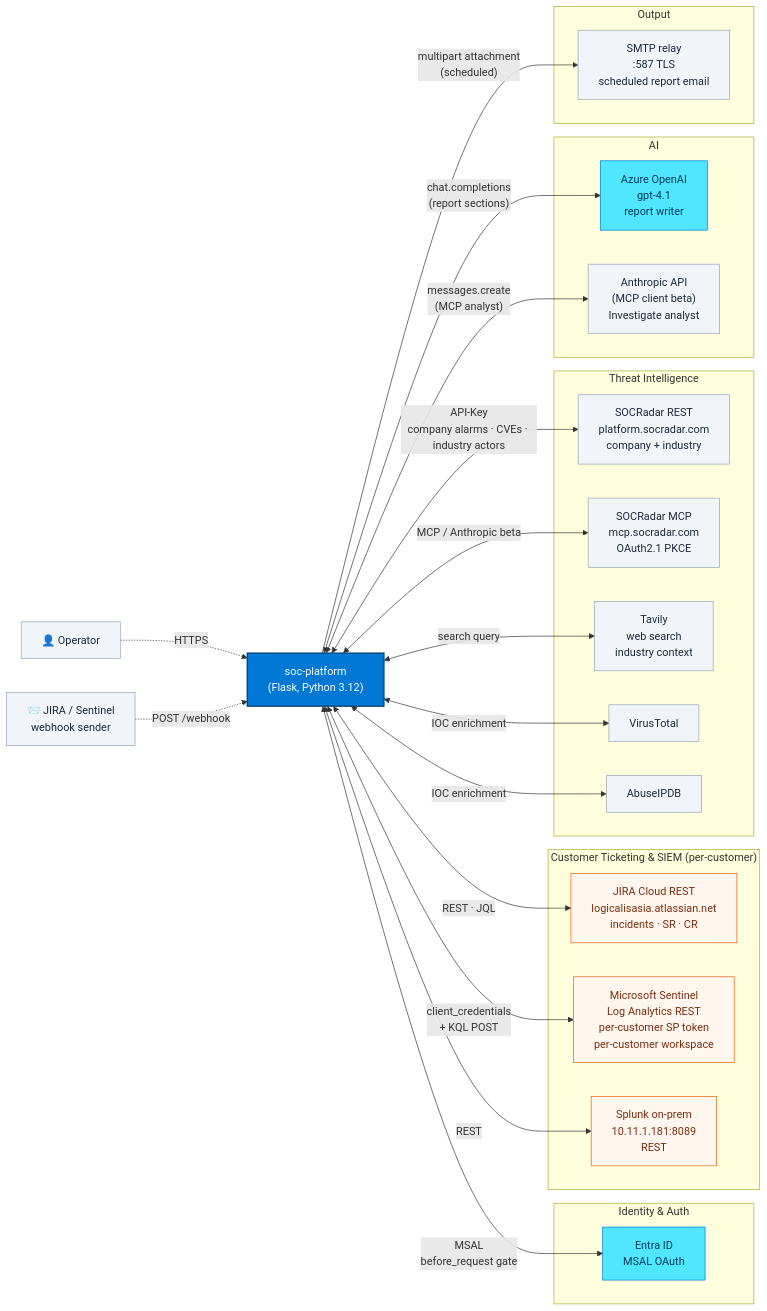
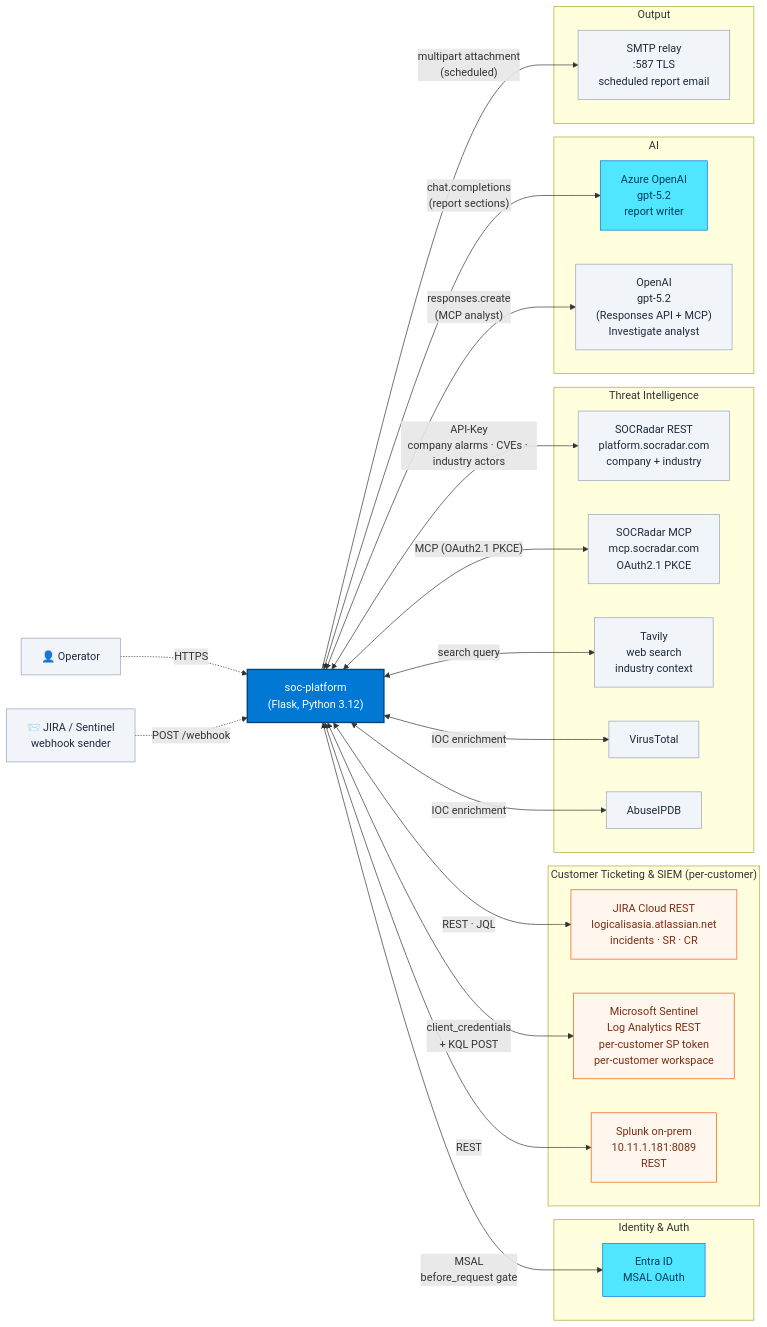
One commit to eugenechia/soc-platform changed the third of 4 diagrams in docs/architecture/ARCHITECTURE.md. Above: the diagram before and after it, drawn with Mermaid. The commit also changed other lines of this file and 7 other files, not shown here.

````diff
--- a/docs/architecture/ARCHITECTURE.md
+++ b/docs/architecture/ARCHITECTURE.md
@@ -143,59 +143,59 @@
 ```mermaid
 flowchart LR
     classDef appNode fill:#0078D4,color:#fff,stroke:#004578,stroke-width:2px
     classDef azNode  fill:#50E6FF,color:#003a5c,stroke:#0078D4,stroke-width:1px
     classDef extNode fill:#F1F5F9,color:#1E293B,stroke:#94A3B8,stroke-width:1px
     classDef custNode fill:#FFF7ED,color:#7C2D12,stroke:#EA580C,stroke-width:1px
 
     OP["👤 Operator"]:::extNode
     JIRAWH["📨 JIRA / Sentinel<br/>webhook sender"]:::extNode
 
     APP["soc-platform<br/>(Flask, Python 3.12)"]:::appNode
 
     OP -.HTTPS.-> APP
     JIRAWH -.->|"POST /webhook"| APP
 
     subgraph IDENTITY ["Identity & Auth"]
         ENTRA["Entra ID<br/>MSAL OAuth"]:::azNode
     end
 
     subgraph TICKETS ["Customer Ticketing & SIEM (per-customer)"]
         JIRA["JIRA Cloud REST<br/>logicalisasia.atlassian.net<br/>incidents · SR · CR"]:::custNode
         SENT["Microsoft Sentinel<br/>Log Analytics REST<br/>per-customer SP token<br/>per-customer workspace"]:::custNode
         SPLK["Splunk on-prem<br/>10.11.1.181:8089<br/>REST"]:::custNode
     end
 
     subgraph THREATINT ["Threat Intelligence"]
         SOCRR["SOCRadar REST<br/>platform.socradar.com<br/>company + industry"]:::extNode
         SOCRM["SOCRadar MCP<br/>mcp.socradar.com<br/>OAuth2.1 PKCE"]:::extNode
         TAVILY["Tavily<br/>web search<br/>industry context"]:::extNode
         VT["VirusTotal"]:::extNode
         ABUSE["AbuseIPDB"]:::extNode
     end
 
     subgraph LLM ["AI"]
-        AOAI["Azure OpenAI<br/>gpt-4.1<br/>report writer"]:::azNode
-        ANTH["Anthropic API<br/>(MCP client beta)<br/>Investigate analyst"]:::extNode
+        AOAI["Azure OpenAI<br/>gpt-5.2<br/>report writer"]:::azNode
+        OAI["OpenAI<br/>gpt-5.2<br/>(Responses API + MCP)<br/>Investigate analyst"]:::extNode
     end
 
     subgraph DELIVERY ["Output"]
         SMTP["SMTP relay<br/>:587 TLS<br/>scheduled report email"]:::extNode
     end
 
     APP <-->|"MSAL<br/>before_request gate"| ENTRA
 
     APP <-->|"REST · JQL"| JIRA
     APP <-->|"client_credentials<br/>+ KQL POST"| SENT
     APP <-->|"REST"| SPLK
 
     APP <-->|"API-Key<br/>company alarms · CVEs · industry actors"| SOCRR
-    APP <-->|"MCP / Anthropic beta"| SOCRM
+    APP <-->|"MCP (OAuth2.1 PKCE)"| SOCRM
     APP <-->|"search query"| TAVILY
     APP <-->|"IOC enrichment"| VT
     APP <-->|"IOC enrichment"| ABUSE
 
     APP <-->|"chat.completions<br/>(report sections)"| AOAI
-    APP <-->|"messages.create<br/>(MCP analyst)"| ANTH
+    APP <-->|"responses.create<br/>(MCP analyst)"| OAI
 
     APP -->|"multipart attachment<br/>(scheduled)"| SMTP
 ```
````
